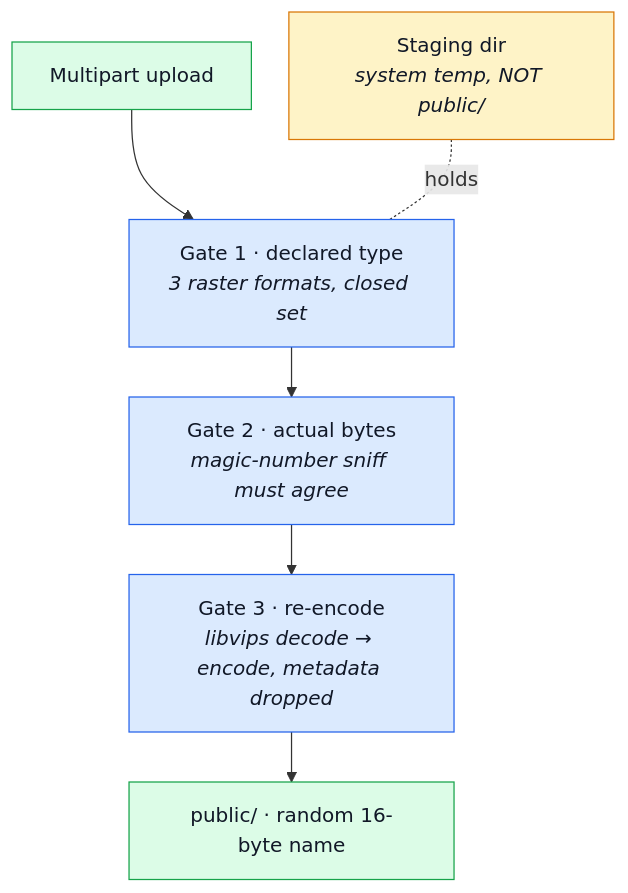
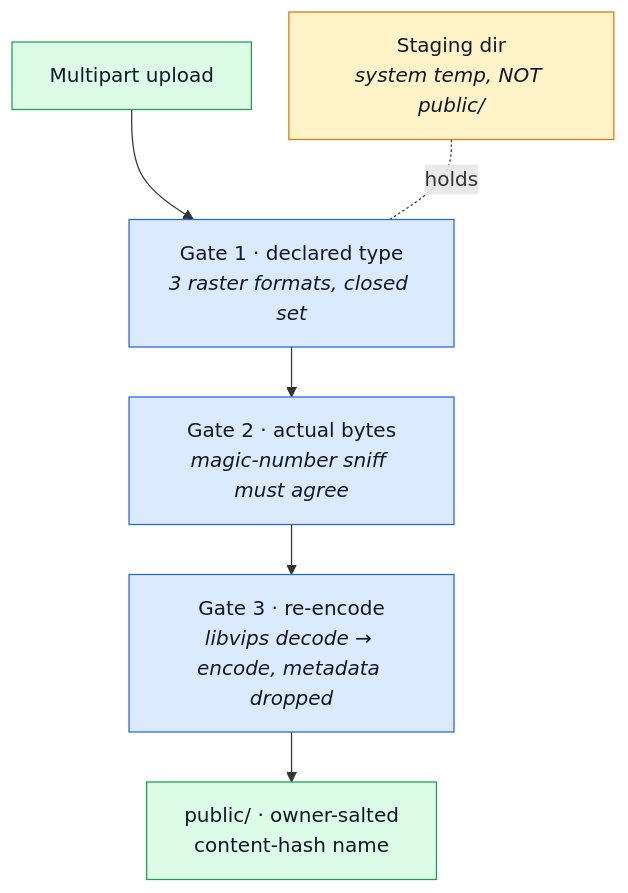
Before and after one commit to Guebbit/boilerplate-node-backend: the first of 2 diagrams in docs/theory/defences/files-and-uploads.md, drawn with Mermaid. The commit also changed other lines of this file and 23 other files, not shown here.

````diff
--- a/docs/theory/defences/files-and-uploads.md
+++ b/docs/theory/defences/files-and-uploads.md
@@ -11,17 +11,17 @@
 ```mermaid
 %%{init: {'flowchart': {'nodeSpacing': 30, 'rankSpacing': 40}}}%%
 flowchart TB
     U["Multipart upload"] --> G1
     G1["Gate 1 · declared type<br/><i>3 raster formats, closed set</i>"] --> G2
     G2["Gate 2 · actual bytes<br/><i>magic-number sniff must agree</i>"] --> G3
     G3["Gate 3 · re-encode<br/><i>libvips decode → encode, metadata dropped</i>"] --> P
     S["Staging dir<br/><i>system temp, NOT public/</i>"] -.holds.- G1
-    P["public/ · random 16-byte name"]
+    P["public/ · owner-salted<br/>content-hash name"]
 
     classDef gate fill:#dbeafe,stroke:#2563eb,color:#111827;
     classDef ok fill:#dcfce7,stroke:#16a34a,color:#111827;
     classDef hold fill:#fef3c7,stroke:#d97706,color:#111827;
     class G1,G2,G3 gate;
     class P,U ok;
     class S hold;
 ```
````
